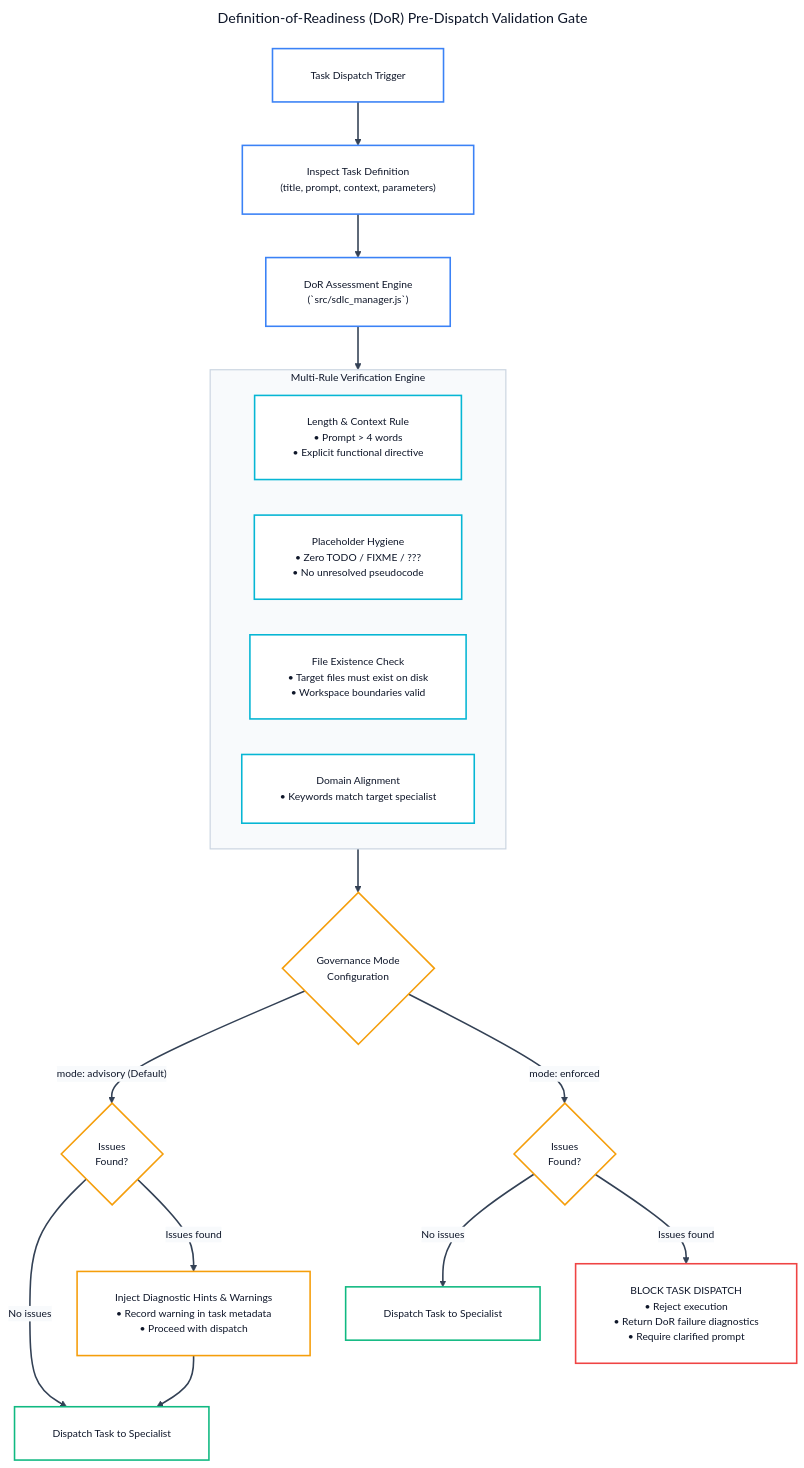
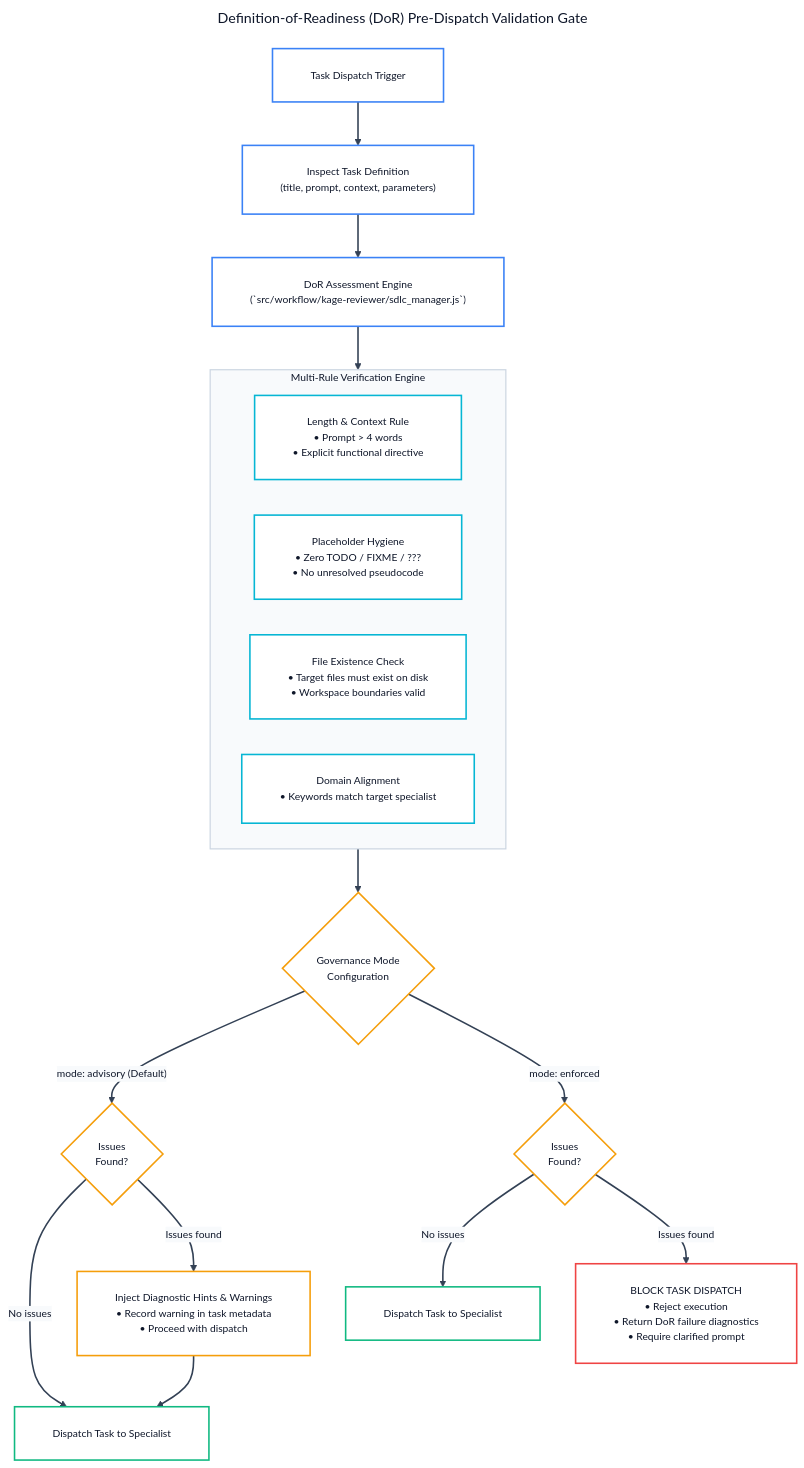
The third of 15 diagrams in docs/ALL-WORKFLOW-DIAGRAMS.md (andycungkrinx91/konoha), drawn with Mermaid before and after one commit. The commit also changed other lines of this file and 93 other files, not shown here.

````diff
--- a/docs/ALL-WORKFLOW-DIAGRAMS.md
+++ b/docs/ALL-WORKFLOW-DIAGRAMS.md
@@ -173,62 +173,62 @@
 ```mermaid
 ---
 title: Definition-of-Readiness (DoR) Pre-Dispatch Validation Gate
 config:
   theme: base
   themeVariables:
     darkMode: false
     background: '#ffffff'
     mainBkg: '#ffffff'
     primaryColor: '#ffffff'
     primaryTextColor: '#0f172a'
     primaryBorderColor: '#3b82f6'
     lineColor: '#334155'
     arrowheadColor: '#334155'
     secondaryColor: '#f8fafc'
     tertiaryColor: '#ffffff'
     fontFamily: 'Inter, system-ui, -apple-system, sans-serif'
     fontSize: '13px'
   flowchart:
     nodeSpacing: 45
     rankSpacing: 55
     padding: 24
     wrappingWidth: 350
 ---
 flowchart TD
     Trigger["Task Dispatch Trigger"] --> Inspect["Inspect Task Definition<br/>(title, prompt, context, parameters)"]
-    Inspect --> Engine["DoR Assessment Engine<br/>(`src/sdlc_manager.js`)"]
+    Inspect --> Engine["DoR Assessment Engine<br/>(`src/workflow/kage-reviewer/sdlc_manager.js`)"]
 
     subgraph AssessmentRules ["Multi-Rule Verification Engine"]
         R1["Length &amp; Context Rule<br/>• Prompt &gt; 4 words<br/>• Explicit functional directive"]
         R2["Placeholder Hygiene<br/>• Zero TODO / FIXME / ???<br/>• No unresolved pseudocode"]
         R3["File Existence Check<br/>• Target files must exist on disk<br/>• Workspace boundaries valid"]
         R4["Domain Alignment<br/>• Keywords match target specialist"]
     end
 
     Engine --> AssessmentRules
     AssessmentRules --> ModeGate{"Governance Mode<br/>Configuration"}
 
     ModeGate -- "mode: advisory (Default)" --> AdvisoryEval{"Issues<br/>Found?"}
     AdvisoryEval -- "No issues" --> Dispatch1["Dispatch Task to Specialist"]
     AdvisoryEval -- "Issues found" --> InjectHint["Inject Diagnostic Hints &amp; Warnings<br/>• Record warning in task metadata<br/>• Proceed with dispatch"]
     InjectHint --> Dispatch1
 
     ModeGate -- "mode: enforced" --> EnforcedEval{"Issues<br/>Found?"}
     EnforcedEval -- "No issues" --> Dispatch2["Dispatch Task to Specialist"]
     EnforcedEval -- "Issues found" --> BlockDispatch["BLOCK TASK DISPATCH<br/>• Reject execution<br/>• Return DoR failure diagnostics<br/>• Require clarified prompt"]
 
     linkStyle default stroke:#334155,stroke-width:2px;
     style AssessmentRules fill:#f8fafc,stroke:#cbd5e1,stroke-width:1.5px,color:#0f172a;
 
     classDef triggerNode fill:#ffffff,stroke:#3b82f6,color:#0f172a,stroke-width:2px;
     classDef ruleNode fill:#ffffff,stroke:#06b6d4,color:#0f172a,stroke-width:2px;
     classDef passNode fill:#ffffff,stroke:#10b981,color:#0f172a,stroke-width:2px;
     classDef blockNode fill:#ffffff,stroke:#ef4444,color:#0f172a,stroke-width:2px;
     classDef evalNode fill:#ffffff,stroke:#f59e0b,color:#0f172a,stroke-width:2px;
 
     class Trigger,Inspect,Engine triggerNode;
     class R1,R2,R3,R4 ruleNode;
     class ModeGate,AdvisoryEval,EnforcedEval,InjectHint evalNode;
     class Dispatch1,Dispatch2 passNode;
     class BlockDispatch blockNode;
 ```
````
